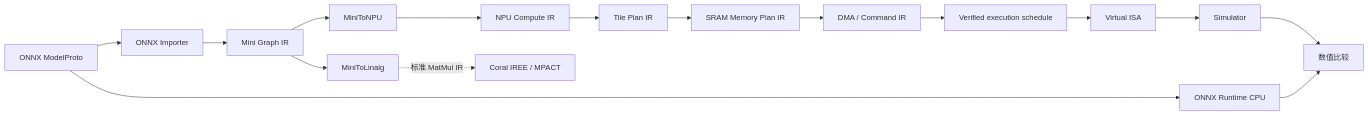
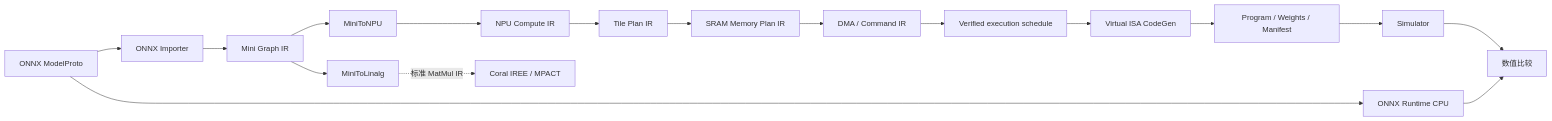
Before and after one commit to LP-780SVJ/MiniMLIRCompiler: the diagram in docs/npu/architecture.md, drawn with Mermaid. The commit also changed other lines of this file and 27 other files, not shown here.

````diff
--- a/docs/npu/architecture.md
+++ b/docs/npu/architecture.md
@@ -5,18 +5,19 @@
 ```mermaid
 flowchart LR
     Model[ONNX ModelProto] --> Import[ONNX Importer]
     Model --> ORT[ONNX Runtime CPU]
     Import --> Mini[Mini Graph IR]
     Mini --> Standard[MiniToLinalg]
     Mini --> NPU[MiniToNPU]
     NPU --> Compute[NPU Compute IR]
     Compute --> Tile[Tile Plan IR]
     Tile --> SRAM[SRAM Memory Plan IR]
     SRAM --> Command[DMA / Command IR]
     Command --> Schedule[Verified execution schedule]
-    Schedule --> ISA[Virtual ISA]
-    ISA --> Sim[Simulator]
+    Schedule --> ISA[Virtual ISA CodeGen]
+    ISA --> Package[Program / Weights / Manifest]
+    Package --> Sim[Simulator]
     Sim --> Compare[数值比较]
     ORT --> Compare
     Standard -. 标准 MatMul IR .-> Coral[Coral IREE / MPACT]
 ```
````
